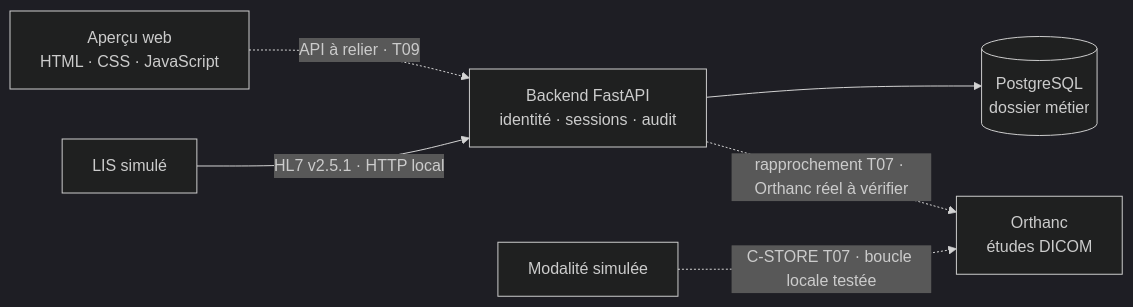
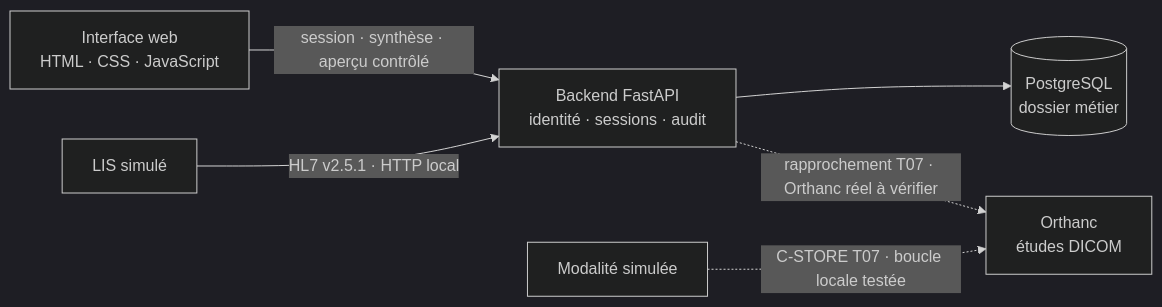
The diagram in README.md (Bouch-Anass/Prototype-de-syst-me-de-gestion-de-donn-es-PACS-LIS-RIS-simplifi-), drawn with Mermaid (dark theme) before and after one commit. The commit also changed other lines of this file and 6 other files, not shown here.

````diff
--- a/README.md
+++ b/README.md
@@ -61,8 +61,8 @@
 ```mermaid
 flowchart LR
-    WEB["Aperçu web<br/>HTML · CSS · JavaScript"] -. "API à relier · T09" .-> API["Backend FastAPI<br/>identité · sessions · audit"]
+    WEB["Interface web<br/>HTML · CSS · JavaScript"] -->|"session · synthèse · aperçu contrôlé"| API["Backend FastAPI<br/>identité · sessions · audit"]
     API --> DB[("PostgreSQL<br/>dossier métier")]
     LIS["LIS simulé"] -->|"HL7 v2.5.1 · HTTP local"| API
     API -. "rapprochement T07 · Orthanc réel à vérifier" .-> PACS["Orthanc<br/>études DICOM"]
     MOD["Modalité simulée"] -. "C-STORE T07 · boucle locale testée" .-> PACS
 ```
````
